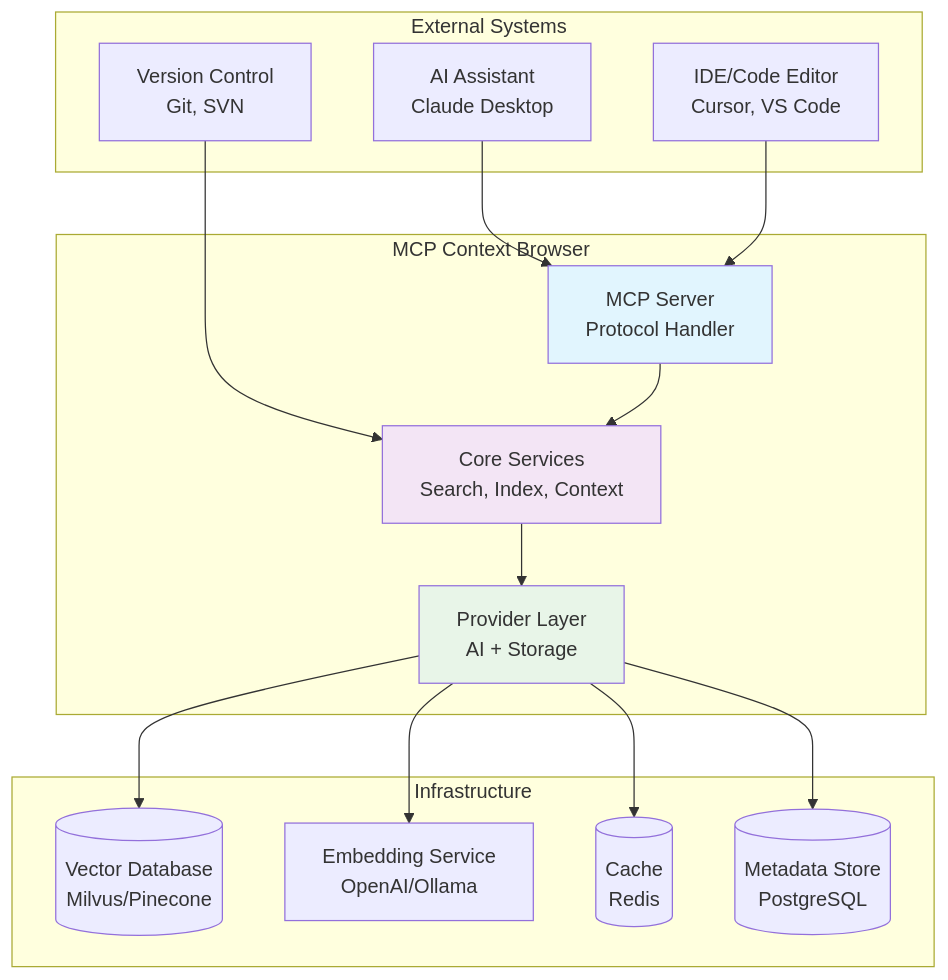
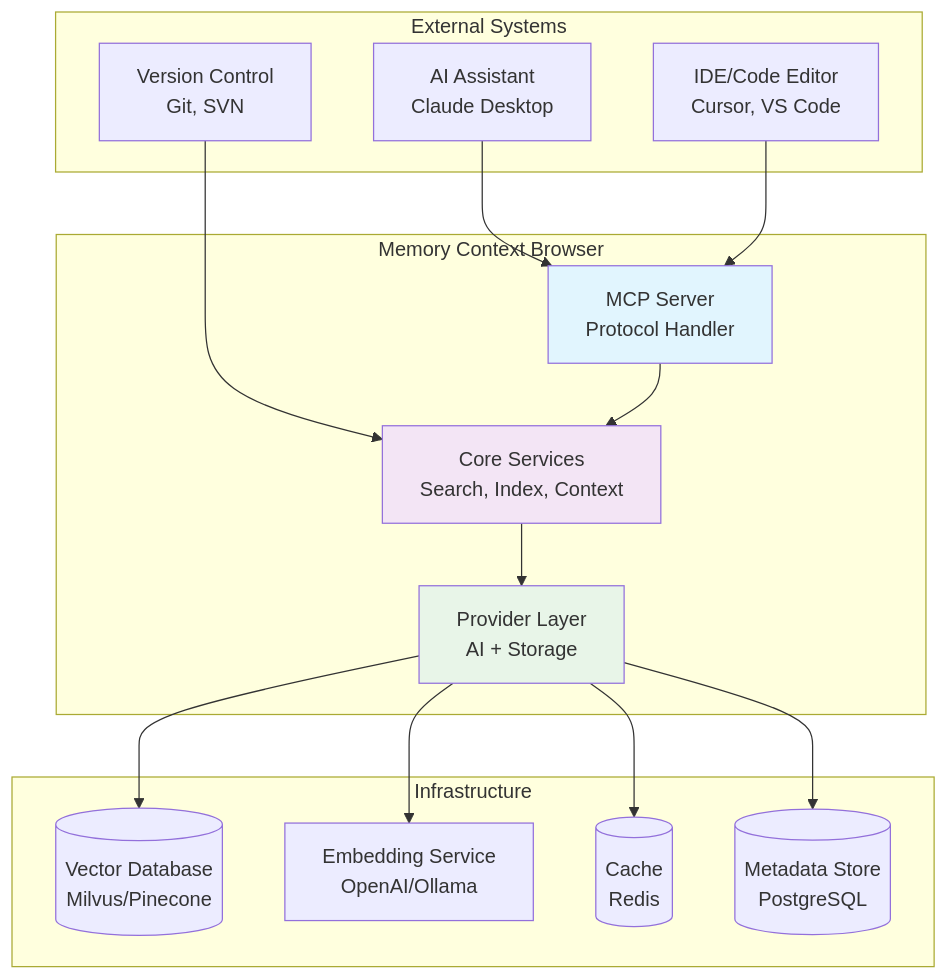
One commit to marlonsc/mcb changed the first of 6 diagrams in docs/architecture/ARCHITECTURE.md. Above: the diagram before and after it, drawn with Mermaid. The commit also changed other lines of this file and 64 other files, not shown here.

First line of the commit message:
refactor: rename MCP Context Browser to Memory Context Browser across documentation

````diff
--- a/docs/architecture/ARCHITECTURE.md
+++ b/docs/architecture/ARCHITECTURE.md
@@ -68,36 +68,36 @@
 ```mermaid
 graph TB
     subgraph "External Systems"
         AI[AI Assistant<br/>Claude Desktop]
         IDE[IDE/Code Editor<br/>Cursor, VS Code]
         VCS[Version Control<br/>Git, SVN]
     end
 
-    subgraph "MCP Context Browser"
+    subgraph "Memory Context Browser"
         MCP[MCP Server<br/>Protocol Handler]
         CORE[Core Services<br/>Search, Index, Context]
         PROVIDERS[Provider Layer<br/>AI + Storage]
     end
 
     subgraph "Infrastructure"
         VDB[(Vector Database<br/>Milvus/Pinecone)]
         EMB[Embedding Service<br/>OpenAI/Ollama]
         CACHE[(Cache<br/>Redis)]
         STORAGE[(Metadata Store<br/>PostgreSQL)]
     end
 
     AI --> MCP
     IDE --> MCP
     VCS --> CORE
 
     MCP --> CORE
     CORE --> PROVIDERS
     PROVIDERS --> VDB
     PROVIDERS --> EMB
     PROVIDERS --> CACHE
     PROVIDERS --> STORAGE
 
     style MCP fill:#e1f5fe
     style CORE fill:#f3e5f5
     style PROVIDERS fill:#e8f5e8
 ```
````
